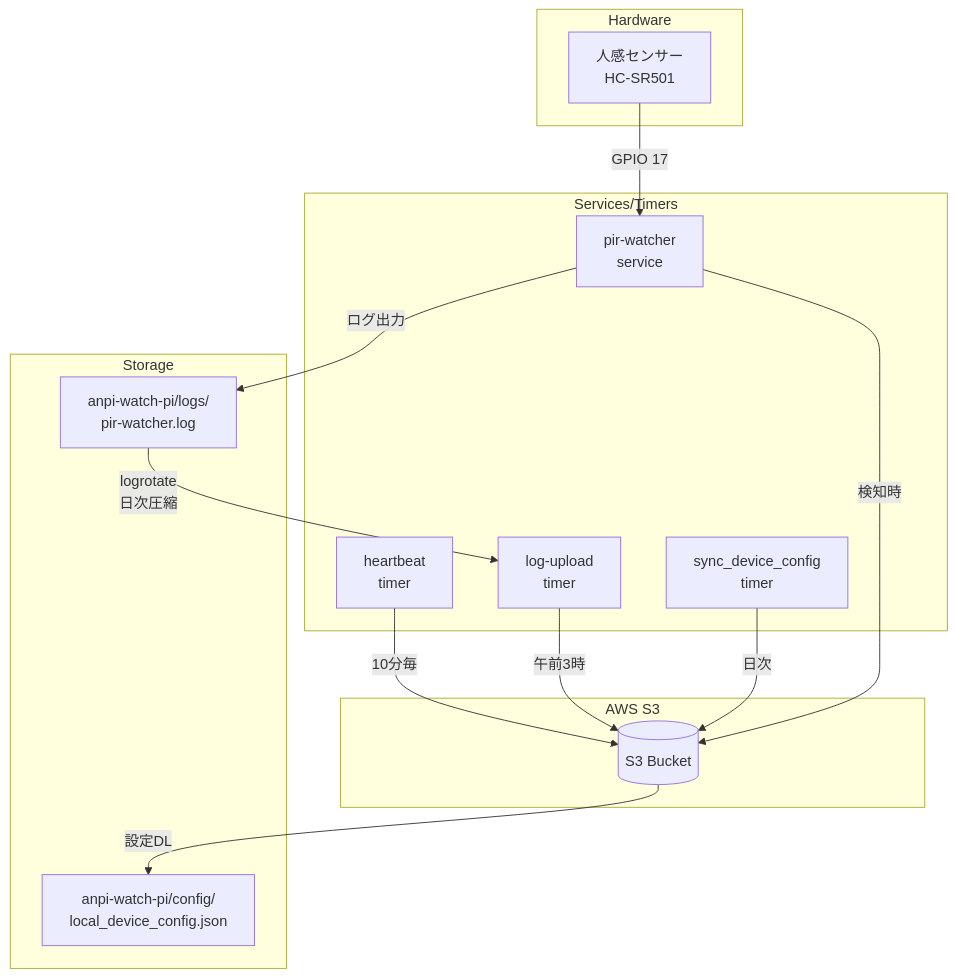
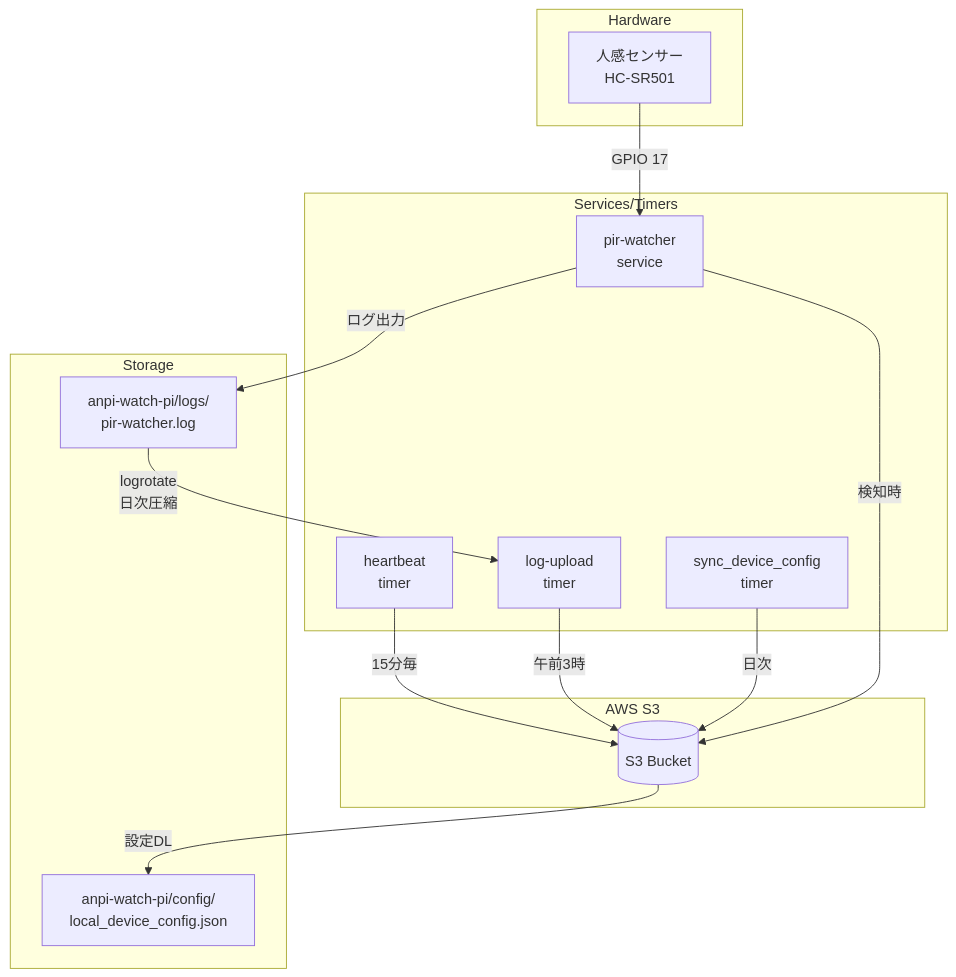
Before and after one commit to sumi-ito/anpi-watch-pi: the first of 5 diagrams in README.md, drawn with Mermaid. The commit also changed other lines of this file and 1 other file, not shown here.

````diff
--- a/README.md
+++ b/README.md
@@ -9,32 +9,32 @@
 ```mermaid
 graph TB
     subgraph "Hardware"
         PIR[人感センサー<br/>HC-SR501]
     end
 
     subgraph "Services/Timers"
         PIRW[pir-watcher<br/>service]
         HB[heartbeat<br/>timer]
         LOG[log-upload<br/>timer]
         SYNC[sync_device_config<br/>timer]
     end
 
     subgraph "Storage"
         LOCAL[anpi-watch-pi/logs/<br/>pir-watcher.log]
         CONFIG[anpi-watch-pi/config/<br/>local_device_config.json]
     end
 
     subgraph "AWS S3"
         S3[(S3 Bucket)]
     end
 
     PIR -->|GPIO 17| PIRW
     PIRW -->|ログ出力| LOCAL
     LOCAL -->|logrotate<br/>日次圧縮| LOG
     LOG -->|午前3時| S3
 
-    HB -->|10分毎| S3
+    HB -->|15分毎| S3
     PIRW -->|検知時| S3
     SYNC -->|日次| S3
     S3 -->|設定DL| CONFIG
 ```
````
